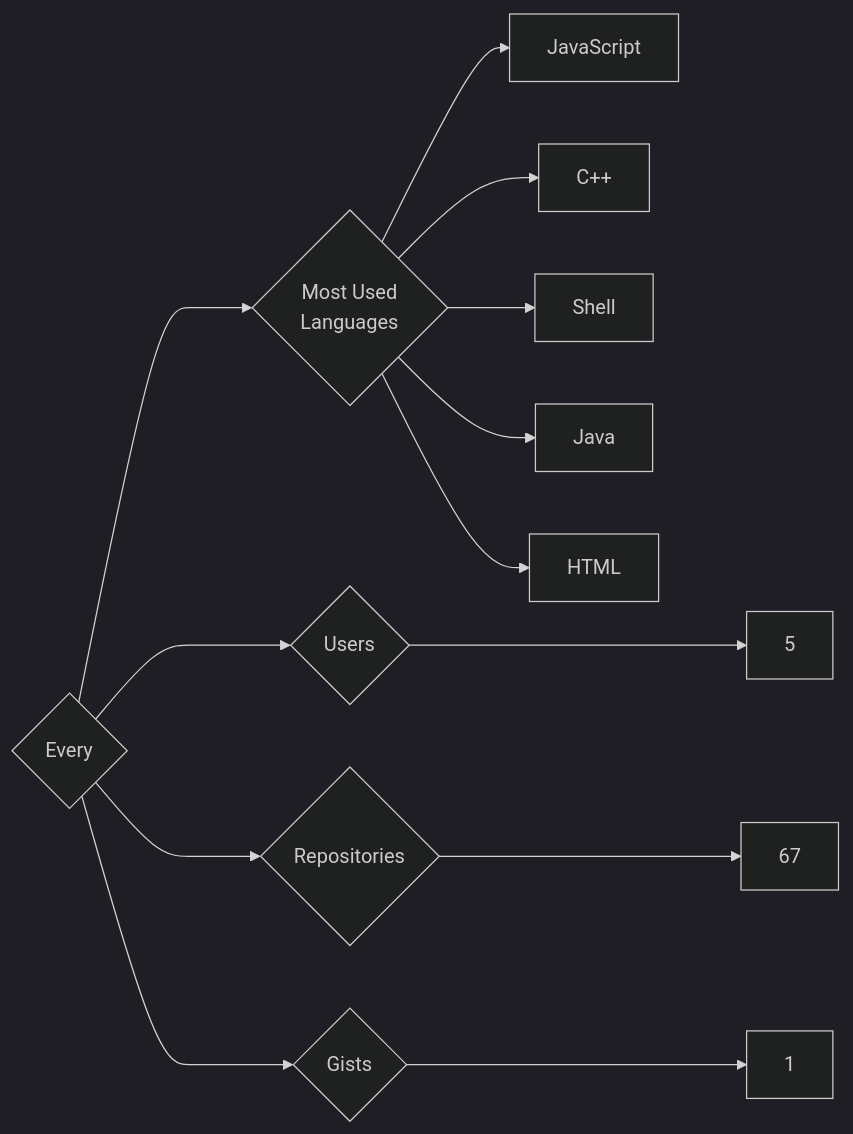
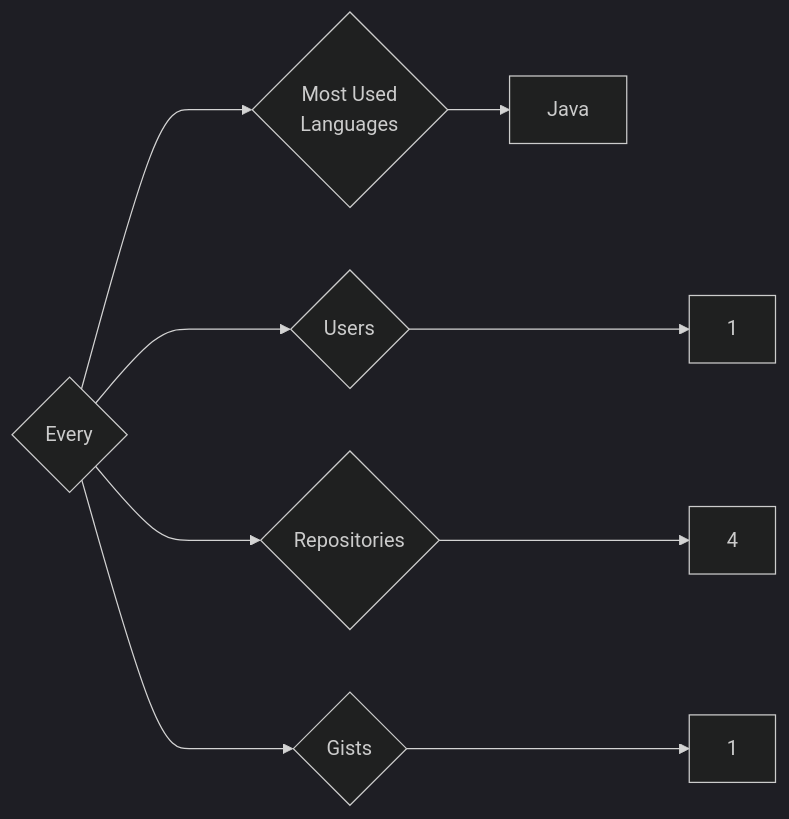
One commit to trickest/insiders changed the diagram in targets/Every/README.md. Above: the diagram before and after it, drawn with Mermaid (dark theme). The commit also changed 845 other files, not shown here.

````diff
--- a/targets/Every/README.md
+++ b/targets/Every/README.md
@@ -3,13 +3,9 @@
 ```mermaid
 graph LR
 COMPANY_NAME{Every}
-COMPANY_NAME ---> U{Users} ---> UN[5]
-COMPANY_NAME ---> R{Repositories} ---> RN[67]
+COMPANY_NAME ---> U{Users} ---> UN[1]
+COMPANY_NAME ---> R{Repositories} ---> RN[4]
 COMPANY_NAME ---> G{Gists} ---> GN[1]
 COMPANY_NAME ---> ML{Most Used<br>Languages}
-ML --> JavaScript[JavaScript]
-ML --> C++[C++]
-ML --> Shell[Shell]
 ML --> Java[Java]
-ML --> HTML[HTML]
 ```
````
